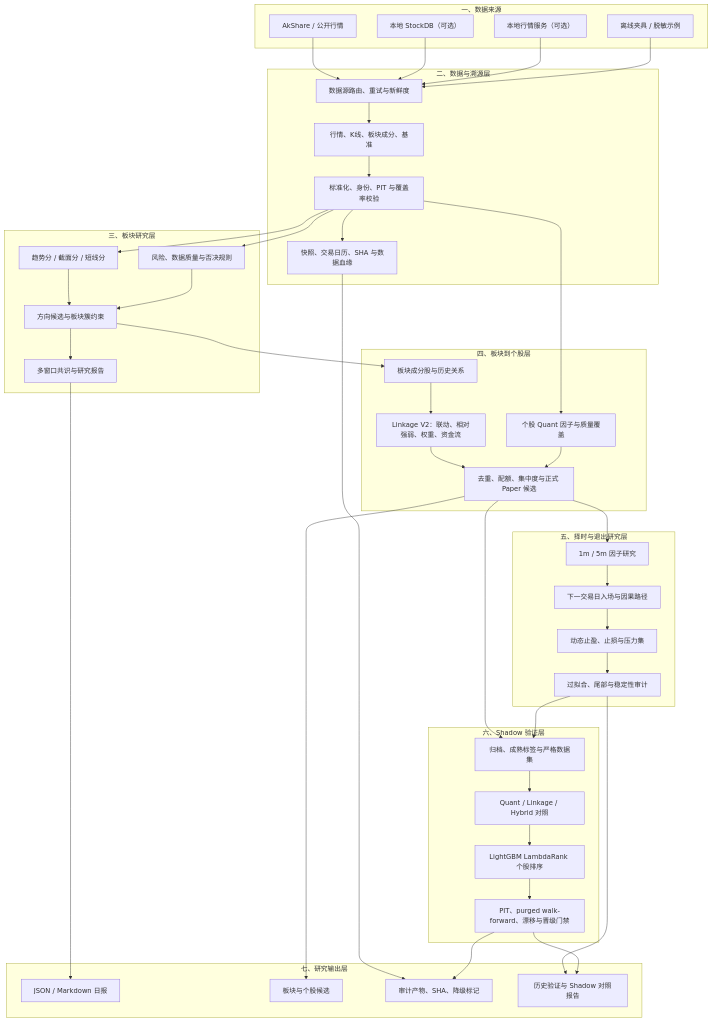
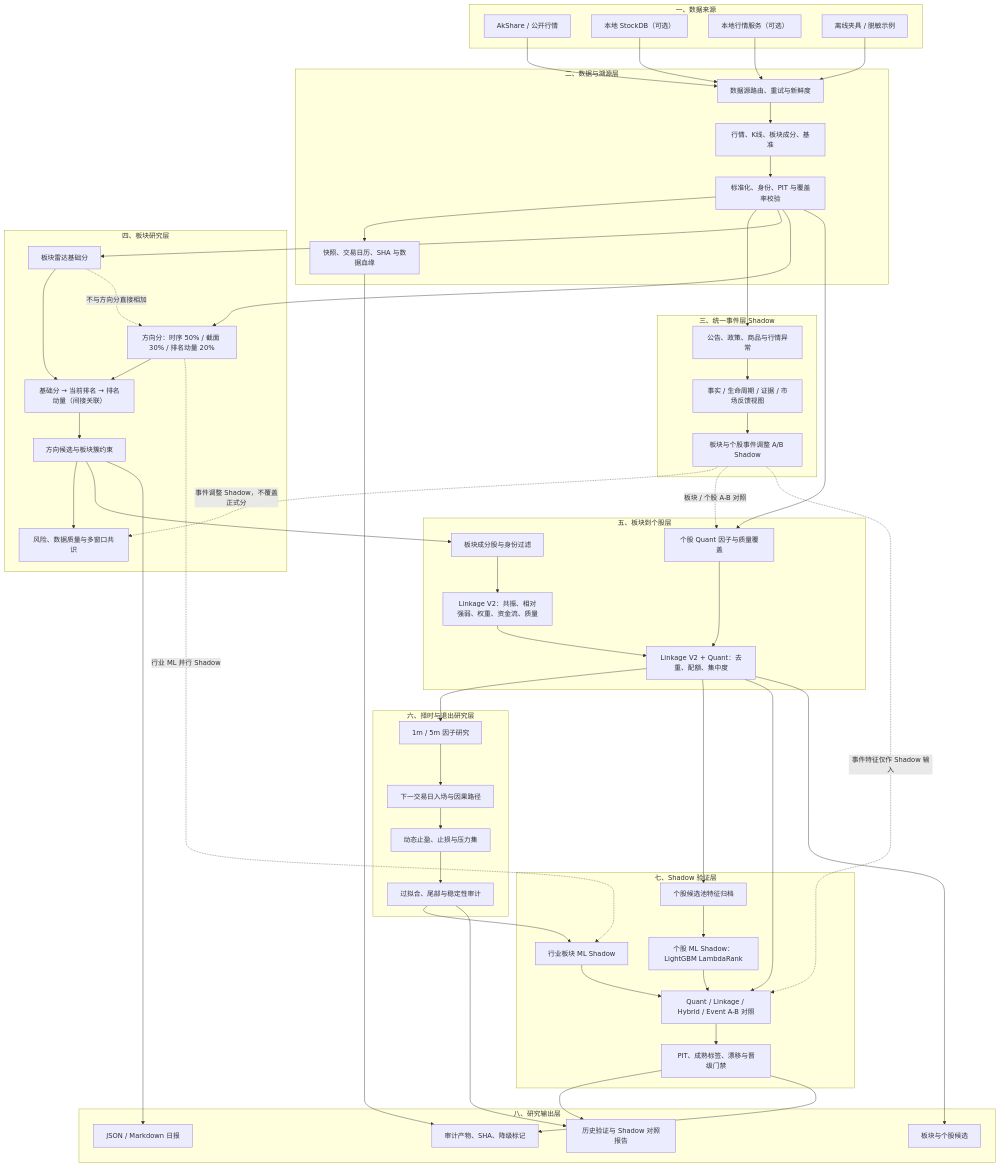
Before and after one commit to niconico12138/ashare-theme-sector-radar: the first of 2 diagrams in README.md, drawn with Mermaid. The commit also changed other lines of this file and 1 other file, not shown here.

Commit message:
docs: update current system architecture diagram

````diff
--- a/README.md
+++ b/README.md
@@ -52,35 +52,43 @@
         D4["快照、交易日历、SHA 与数据血缘"]
     end
 
-    subgraph R["三、板块研究层"]
-        R1["趋势分 / 截面分 / 短线分"]
-        R2["风险、数据质量与否决规则"]
-        R3["方向候选与板块簇约束"]
-        R4["多窗口共识与研究报告"]
+    subgraph V["三、统一事件层 Shadow"]
+        V1["公告、政策、商品与行情异常"]
+        V2["事实 / 生命周期 / 证据 / 市场反馈视图"]
+        V3["板块与个股事件调整 A/B Shadow"]
     end
 
-    subgraph B["四、板块到个股层"]
-        B1["板块成分股与历史关系"]
-        B2["Linkage V2：联动、相对强弱、权重、资金流"]
-        B3["个股 Quant 因子与质量覆盖"]
-        B4["去重、配额、集中度与正式 Paper 候选"]
+    subgraph R["四、板块研究层"]
+        R1["板块雷达基础分"]
+        R2["方向分：时序 50% / 截面 30% / 排名动量 20%"]
+        R3["基础分 → 当前排名 → 排名动量（间接关联）"]
+        R4["方向候选与板块簇约束"]
+        R5["风险、数据质量与多窗口共识"]
     end
 
-    subgraph T["五、择时与退出研究层"]
+    subgraph B["五、板块到个股层"]
+        B1["板块成分股与身份过滤"]
+        B2["Linkage V2：共振、相对强弱、权重、资金流、质量"]
+        B3["个股 Quant 因子与质量覆盖"]
+        B4["Linkage V2 + Quant：去重、配额、集中度"]
+    end
+
+    subgraph T["六、择时与退出研究层"]
         T1["1m / 5m 因子研究"]
         T2["下一交易日入场与因果路径"]
         T3["动态止盈、止损与压力集"]
         T4["过拟合、尾部与稳定性审计"]
     end
 
-    subgraph M["六、Shadow 验证层"]
-        M1["归档、成熟标签与严格数据集"]
-        M2["Quant / Linkage / Hybrid 对照"]
-        M3["LightGBM LambdaRank 个股排序"]
-        M4["PIT、purged walk-forward、漂移与晋级门禁"]
+    subgraph M["七、Shadow 验证层"]
+        M1["行业板块 ML Shadow"]
+        M2["个股候选池特征归档"]
+        M3["个股 ML Shadow：LightGBM LambdaRank"]
+        M4["Quant / Linkage / Hybrid / Event A-B 对照"]
+        M5["PIT、成熟标签、漂移与晋级门禁"]
     end
 
-    subgraph O["七、研究输出层"]
+    subgraph O["八、研究输出层"]
         O1["JSON / Markdown 日报"]
         O2["板块与个股候选"]
         O3["审计产物、SHA、降级标记"]
@@ -92,22 +100,31 @@
     S3 --> D1
     S4 --> D1
     D1 --> D2 --> D3 --> D4
+    D3 --> V1 --> V2 --> V3
     D3 --> R1
     D3 --> R2
-    R1 --> R3 --> R4
+    R1 --> R3
     R2 --> R3
-    R3 --> B1
+    R3 --> R4 --> R5
+    R1 -. "不与方向分直接相加" .-> R2
+    V3 -. "事件调整 Shadow，不覆盖正式分" .-> R5
+    V3 -. "板块 / 个股 A-B 对照" .-> B3
+    R4 --> B1
     B1 --> B2 --> B4
     D3 --> B3
     B3 --> B4
     B4 --> T1 --> T2 --> T3 --> T4
-    B4 --> M1
+    R2 -. "行业 ML 并行 Shadow" .-> M1
+    B4 --> M2 --> M3
+    B4 --> M4
     T4 --> M1
-    M1 --> M2 --> M3 --> M4
+    M1 --> M4 --> M5
+    M3 --> M4
+    V3 -. "事件特征仅作 Shadow 输入" .-> M4
     R4 --> O1
     B4 --> O2
     T4 --> O4
-    M4 --> O4
+    M5 --> O4
     D4 --> O3
-    M4 --> O3
+    M5 --> O3
 ```
````
